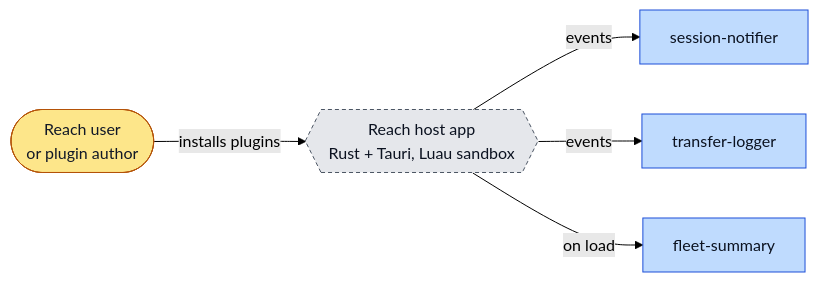
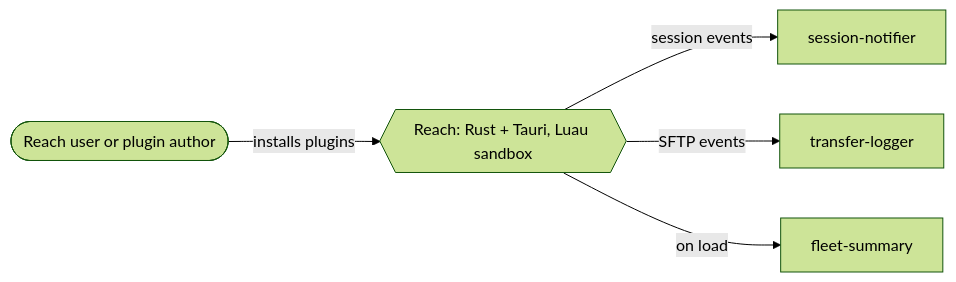
One commit to thefiredev-cloud/reach-plugins changed the diagram in README.md. Above: the diagram before and after it, drawn with Mermaid (forest theme). The commit also changed other lines of this file and 1 other file, not shown here.

````diff
--- a/README.md
+++ b/README.md
@@ -169,15 +7,7 @@
 ```mermaid
 flowchart LR
-  user(["Reach user<br/>or plugin author"]):::actor
-  reach{{"Reach host app<br/>Rust + Tauri, Luau sandbox"}}:::ext
-  sn["session-notifier"]:::app
-  tl["transfer-logger"]:::app
-  fs["fleet-summary"]:::app
-  user -->|"installs plugins"| reach
-  reach -->|"events"| sn
-  reach -->|"events"| tl
-  reach -->|"on load"| fs
-  classDef actor fill:#fde68a,stroke:#b45309,color:#111827
-  classDef app fill:#bfdbfe,stroke:#1d4ed8,color:#0b1220
-  classDef ext fill:#e5e7eb,stroke:#4b5563,color:#0b1220,stroke-dasharray:4 3
+  user([Reach user or plugin author]) -->|installs plugins| reach{{Reach: Rust + Tauri, Luau sandbox}}
+  reach -->|session events| sn[session-notifier]
+  reach -->|SFTP events| tl[transfer-logger]
+  reach -->|on load| fs[fleet-summary]
 ```
````
